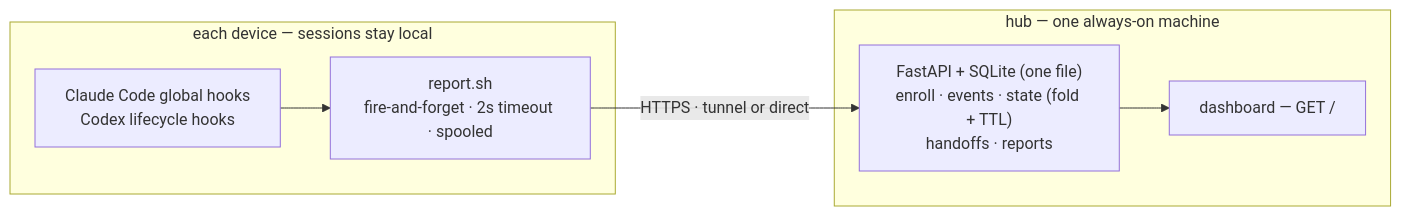
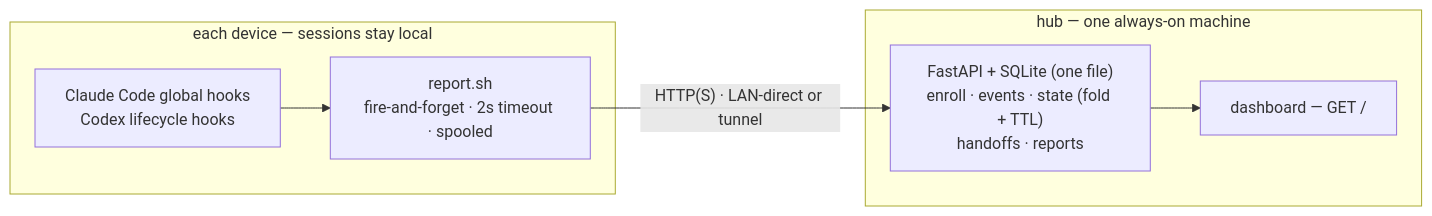
One commit to hierrr/madison changed the diagram in README.md. Above: the diagram before and after it, drawn with Mermaid. The commit also changed other lines of this file and 4 other files, not shown here.

First line of the commit message:
installer+readme: prefer LAN over tunnel for hub access

````diff
--- a/README.md
+++ b/README.md
@@ -110,14 +110,14 @@
 ```mermaid
 flowchart LR
     subgraph dev["each device — sessions stay local"]
         hooks["Claude Code global hooks<br/>Codex lifecycle hooks"]
         rep["report.sh<br/>fire-and-forget · 2s timeout · spooled"]
         hooks --> rep
     end
-    rep -->|"HTTPS · tunnel or direct"| api
+    rep -->|"HTTP(S) · LAN-direct or tunnel"| api
     subgraph hub["hub — one always-on machine"]
         api["FastAPI + SQLite (one file)<br/>enroll · events · state (fold + TTL)<br/>handoffs · reports"]
         dash["dashboard — GET /"]
         api --> dash
     end
 ```
````
